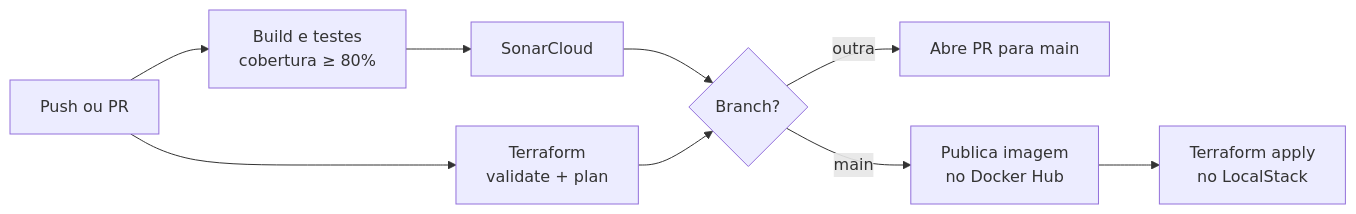
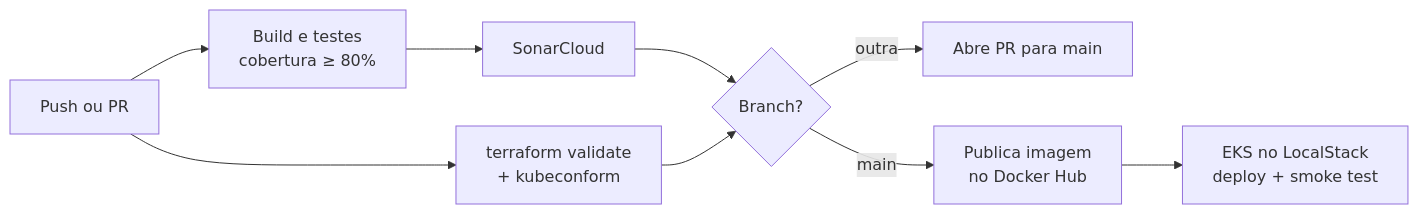
The third of 3 diagrams in README.md (nessaoana/vehicle-core), drawn with Mermaid before and after one commit. The commit also changed other lines of this file and 23 other files, not shown here.

First line of the commit message:
feat: provisiona EKS, API Gateway e deploy Kubernetes no LocalStack

````diff
--- a/README.md
+++ b/README.md
@@ -145,9 +221,9 @@
 ```mermaid
 flowchart LR
 	Push[Push ou PR] --> Tests[Build e testes<br/>cobertura ≥ 80%] --> Sonar[SonarCloud]
-	Push --> Plan[Terraform<br/>validate + plan]
+	Push --> Infra[terraform validate<br/>+ kubeconform]
 	Sonar --> Branch{Branch?}
-	Plan --> Branch
+	Infra --> Branch
 	Branch -- outra --> PR[Abre PR para main]
-	Branch -- main --> Docker[Publica imagem<br/>no Docker Hub] --> Apply[Terraform apply<br/>no LocalStack]
+	Branch -- main --> Docker[Publica imagem<br/>no Docker Hub] --> Deploy[EKS no LocalStack<br/>deploy + smoke test]
 ```
````
